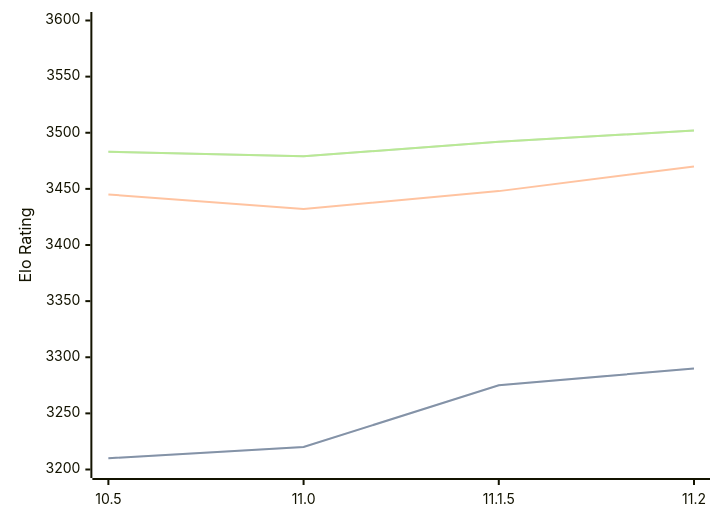
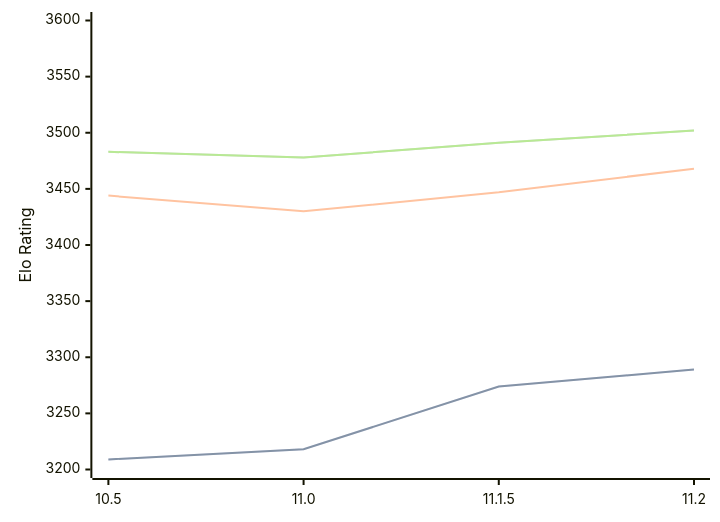
One commit to computer-chess-index/cci changed the diagram in engines/Lizard.md. Above: the diagram before and after it, drawn with Mermaid. The commit also changed other lines of this file, not shown here.

Commit message:
Update CCI Ratings (ELO VLTC) - 2026-06-07

````diff
--- a/engines/Lizard.md
+++ b/engines/Lizard.md
@@ -46,11 +46,11 @@
 ```mermaid
 %%{init: {"theme":"base","themeVariables":{"seriesColors:['#a3a3a3','#222221','#faa371']}}}%%
 xychart-beta
   x-axis ["10.5", "11.0", "11.1.5", "11.2"]
   y-axis "Elo Rating" 3200 --> 3600
-  line "STC (8.0+0.08s)" [3210, 3220, 3275, 3290]
-  line "STC (8.0+0.08s)" [3210, 3220, 3275, 3290]
-  line "LTC (60.0+0.60s)" [3445, 3432, 3448, 3470]
-  line "VLTC (2m24s+1.12s)" [3483, 3479, 3492, 3502]
-  line "VLTC (2m24s+1.12s)" [3483, 3479, 3492, 3502]
+  line "STC (8.0+0.08s)" [3209, 3218, 3274, 3289]
+  line "STC (8.0+0.08s)" [3209, 3218, 3274, 3289]
+  line "LTC (60.0+0.60s)" [3444, 3430, 3447, 3468]
+  line "VLTC (2m24s+1.12s)" [3483, 3478, 3491, 3502]
+  line "VLTC (2m24s+1.12s)" [3483, 3478, 3491, 3502]
 ```
````
